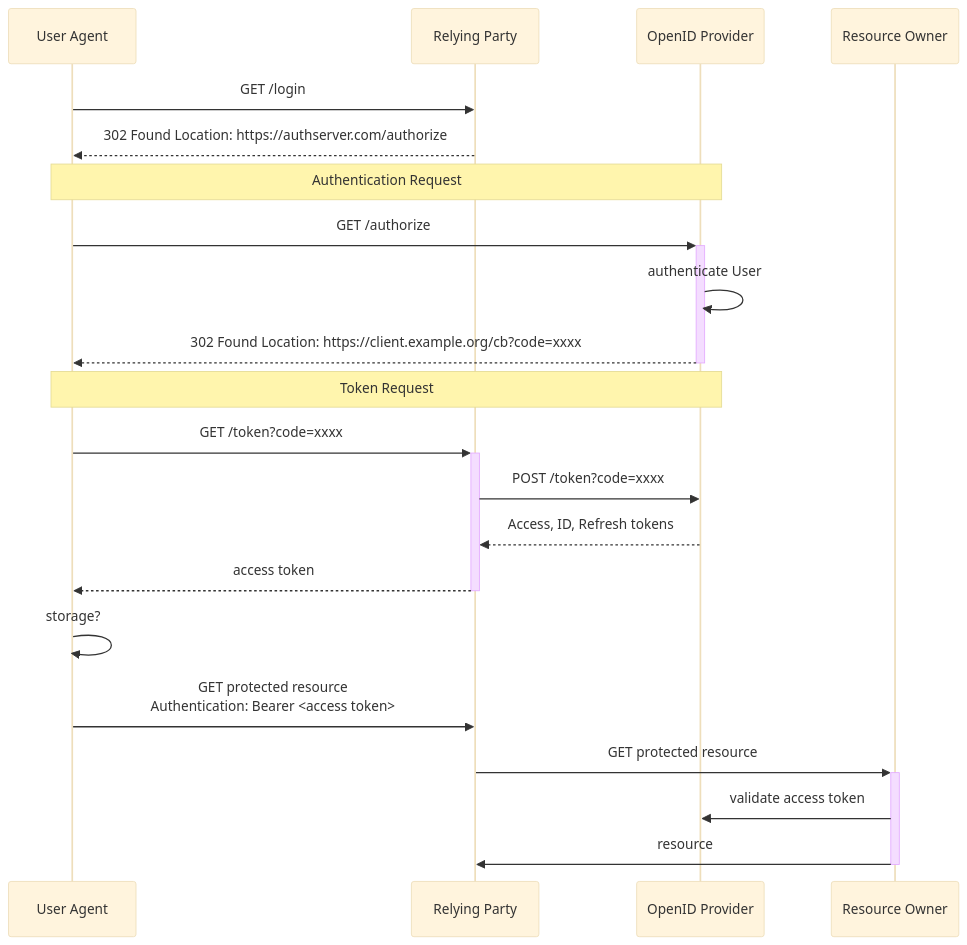
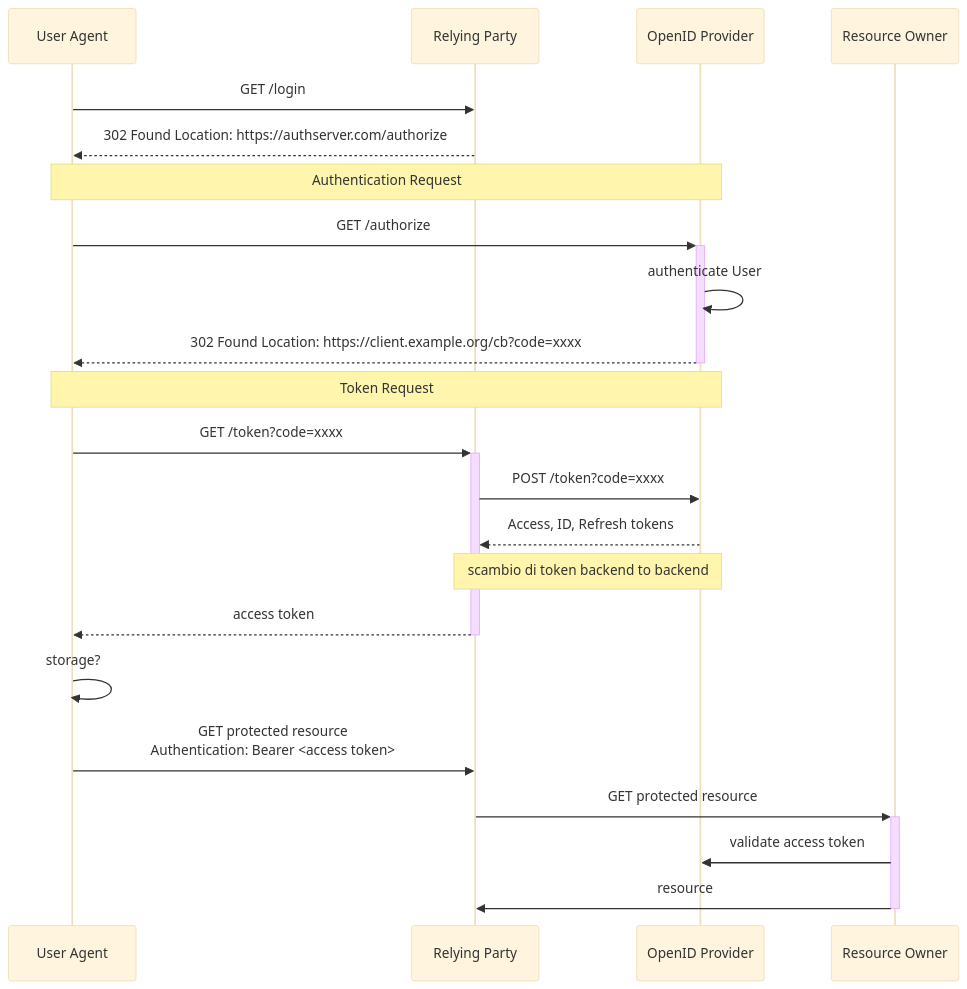
One commit to pagopa/p4pa-doc changed the diagram in design/auth/oidc-auth-code.mmd. Above: the diagram before and after it, drawn with Mermaid (base theme).

```diff
--- a/design/auth/oidc-auth-code.mmd
+++ b/design/auth/oidc-auth-code.mmd
@@ -1,21 +1,22 @@
 sequenceDiagram
     participant UA as User Agent
     participant RP as Relying Party
     participant AS as OpenID Provider
     participant RO as Resource Owner
     UA->> RP: GET /login
     RP -->> UA: 302 Found Location: https://authserver.com/authorize
     Note over UA,AS: Authentication Request
     UA ->>+ AS: GET /authorize
     AS ->> AS: authenticate User
     AS -->>- UA: 302 Found Location: https://client.example.org/cb?code=xxxx
     Note over UA,AS: Token Request
     UA ->>+ RP: GET /token?code=xxxx
     RP ->> AS: POST /token?code=xxxx
     AS -->> RP: Access, ID, Refresh tokens
+    Note over RP,AS: scambio di token backend to backend
     RP -->>- UA: access token
     UA ->> UA: storage?
     UA ->> RP: GET protected resource<br>Authentication: Bearer <access token>
     RP ->>+ RO: GET protected resource
     RO ->> AS: validate access token
     RO ->>- RP: resource
```
